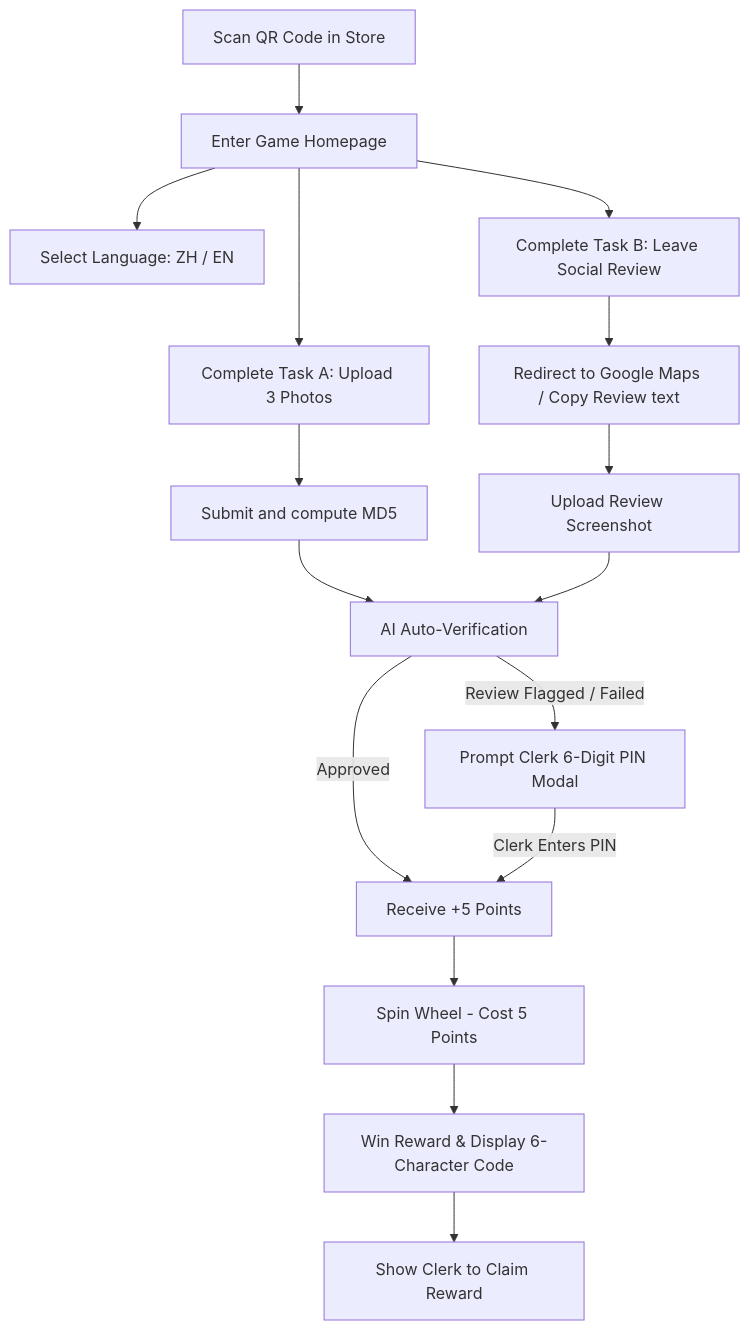
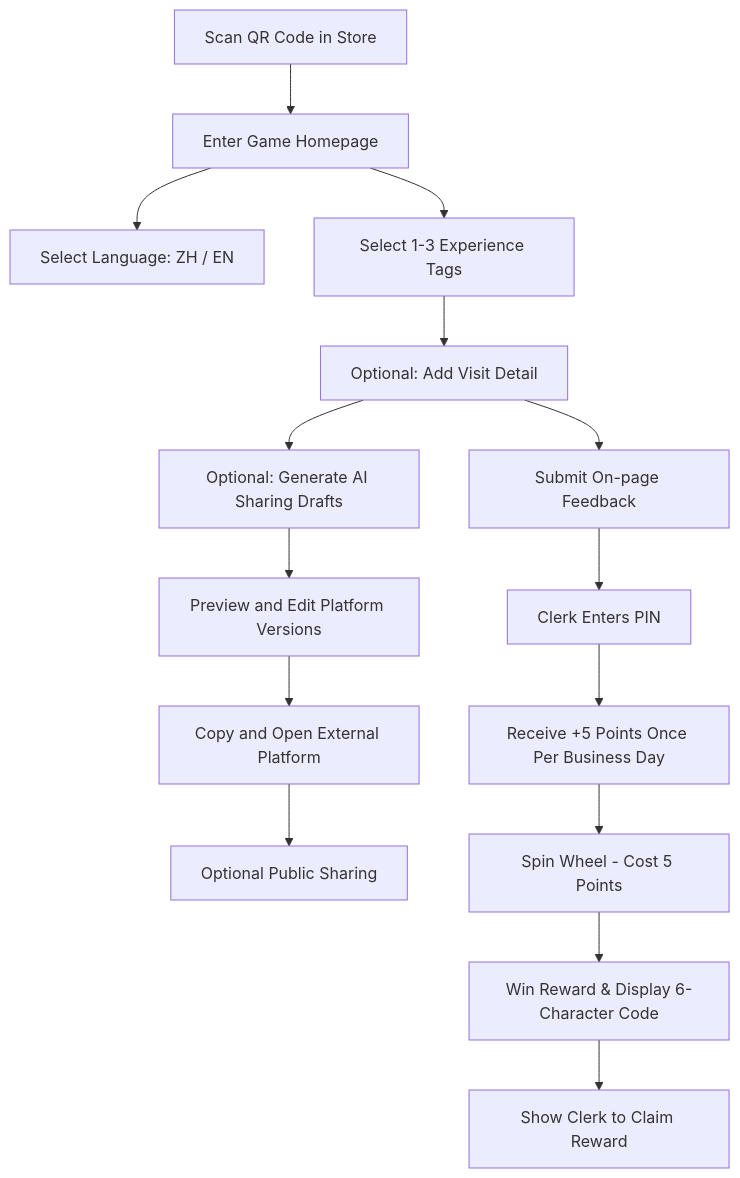
Before and after one commit to alextiannus/amc-kanban: the diagram in docs/prd-aivue.md, drawn with Mermaid. The commit also changed other lines of this file and 24 other files, not shown here.

Commit message:
feat: add permanent game QR and AI sharing drafts

````diff
--- a/docs/prd-aivue.md
+++ b/docs/prd-aivue.md
@@ -19,18 +19,17 @@
 ```mermaid
 graph TD
     A[Scan QR Code in Store] --> B[Enter Game Homepage]
     B --> C[Select Language: ZH / EN]
-    B --> D[Complete Task A: Upload 3 Photos]
-    B --> E[Complete Task B: Leave Social Review]
-    D --> F[Submit and compute MD5]
-    E --> G[Redirect to Google Maps / Copy Review text]
-    G --> H[Upload Review Screenshot]
-    F --> I[AI Auto-Verification]
-    H --> I
-    I -- Approved --> J[Receive +5 Points]
-    I -- Review Flagged / Failed --> K[Prompt Clerk 6-Digit PIN Modal]
-    K -- Clerk Enters PIN --> J
-    J --> L[Spin Wheel - Cost 5 Points]
-    L --> M[Win Reward & Display 6-Character Code]
-    M --> N[Show Clerk to Claim Reward]
+    B --> D[Select 1-3 Experience Tags]
+    D --> E[Optional: Add Visit Detail]
+    E --> F[Submit On-page Feedback]
+    F --> G[Clerk Enters PIN]
+    G --> H[Receive +5 Points Once Per Business Day]
+    E --> I[Optional: Generate AI Sharing Drafts]
+    I --> J[Preview and Edit Platform Versions]
+    J --> K[Copy and Open External Platform]
+    K --> L[Optional Public Sharing]
+    H --> M[Spin Wheel - Cost 5 Points]
+    M --> N[Win Reward & Display 6-Character Code]
+    N --> O[Show Clerk to Claim Reward]
 ```
````
